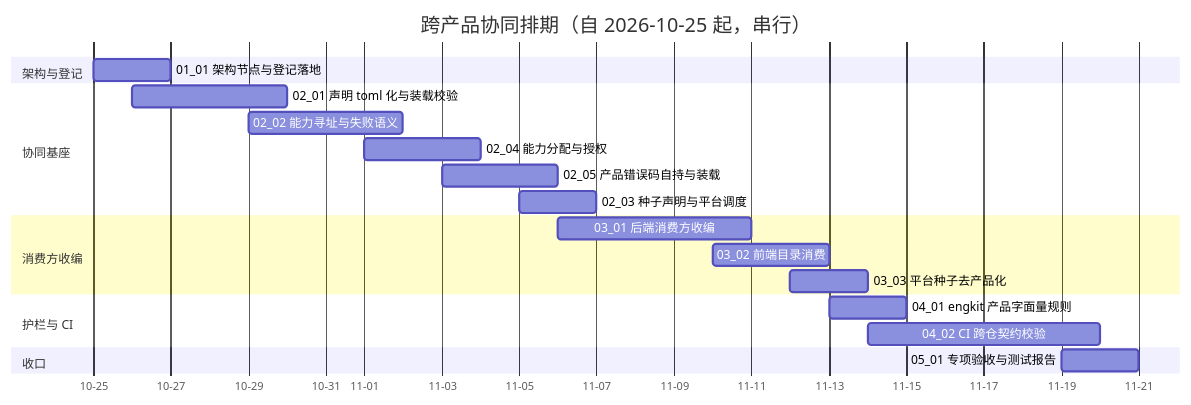
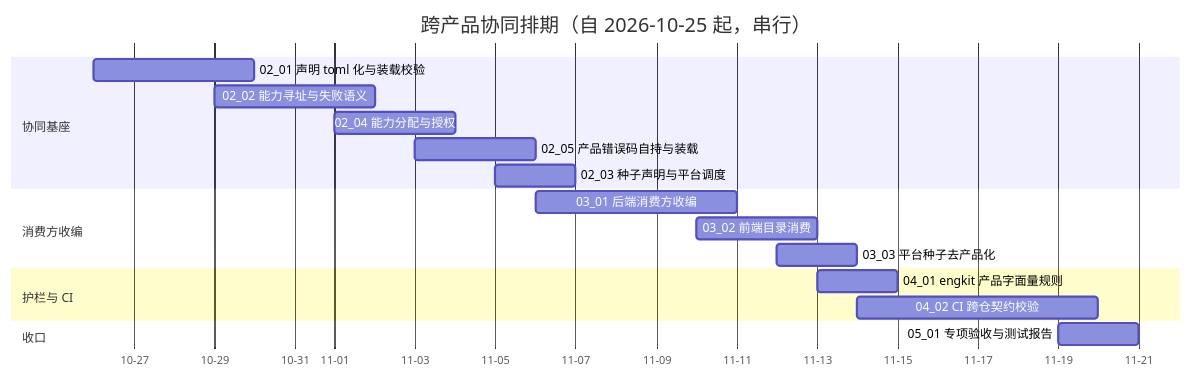
One commit to minjian123/basic-management-system changed the diagram in bms文档/项目/07B_跨产品协同/计划/01_计划_跨产品协同.md. Above: the diagram before and after it, drawn with Mermaid. The commit also changed other lines of this file and 4 other files, not shown here.

````diff
--- a/bms文档/项目/07B_跨产品协同/计划/01_计划_跨产品协同.md
+++ b/bms文档/项目/07B_跨产品协同/计划/01_计划_跨产品协同.md
@@ -39,23 +39,21 @@
 ```mermaid
 gantt
     title 跨产品协同排期（自 2026-10-25 起，串行）
     dateFormat  YYYY-MM-DD
     axisFormat %m-%d
-    section 架构与登记
-    01_01 架构节点与登记落地 :a0101, 2026-10-25, 2d
     section 协同基座
     02_01 声明 toml 化与装载校验 :a0201, 2026-10-26, 4d
     02_02 能力寻址与失败语义 :a0202, 2026-10-29, 4d
     02_04 能力分配与授权 :a0204, 2026-11-01, 3d
     02_05 产品错误码自持与装载 :a0205, 2026-11-03, 3d
     02_03 种子声明与平台调度 :a0203, 2026-11-05, 2d
     section 消费方收编
     03_01 后端消费方收编 :a0301, 2026-11-06, 5d
     03_02 前端目录消费 :a0302, 2026-11-10, 3d
     03_03 平台种子去产品化 :a0303, 2026-11-12, 2d
     section 护栏与 CI
     04_01 engkit 产品字面量规则 :a0401, 2026-11-13, 2d
     04_02 CI 跨仓契约校验 :a0402, 2026-11-14, 6d
     section 收口
     05_01 专项验收与测试报告 :a0501, 2026-11-19, 2d
 ```
````
